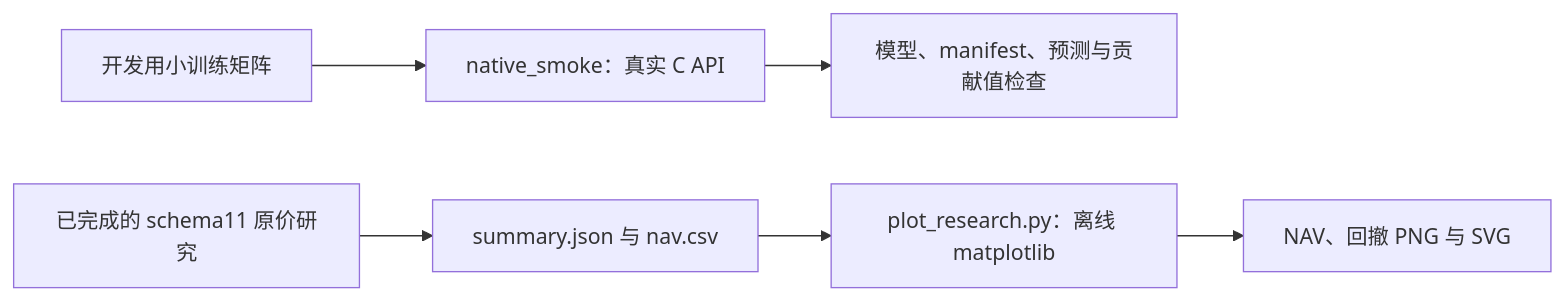
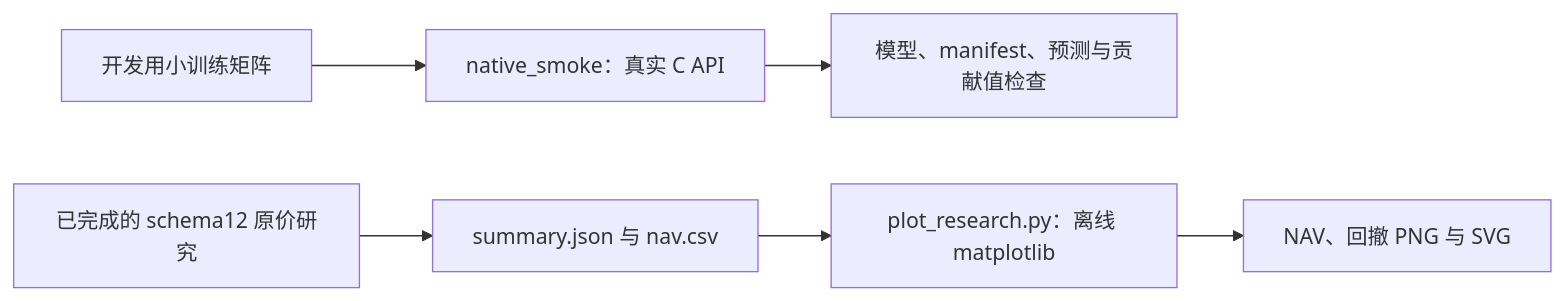
Before and after one commit to Dennishaha/JFQuant: the first of 2 diagrams in crates/ml/examples/README.md, drawn with Mermaid. The commit also changed other lines of this file and 77 other files, not shown here.

````diff
--- a/crates/ml/examples/README.md
+++ b/crates/ml/examples/README.md
@@ -11,8 +11,8 @@
 ```mermaid
 flowchart LR
   SMALL["开发用小训练矩阵"] --> SMOKE["native_smoke：真实 C API"]
   SMOKE --> ART["模型、manifest、预测与贡献值检查"]
-  RESEARCH["已完成的 schema11 原价研究"] --> JSON["summary.json 与 nav.csv"]
+  RESEARCH["已完成的 schema12 原价研究"] --> JSON["summary.json 与 nav.csv"]
   JSON --> PLOT["plot_research.py：离线 matplotlib"]
   PLOT --> FIG["NAV、回撤 PNG 与 SVG"]
 ```
````
